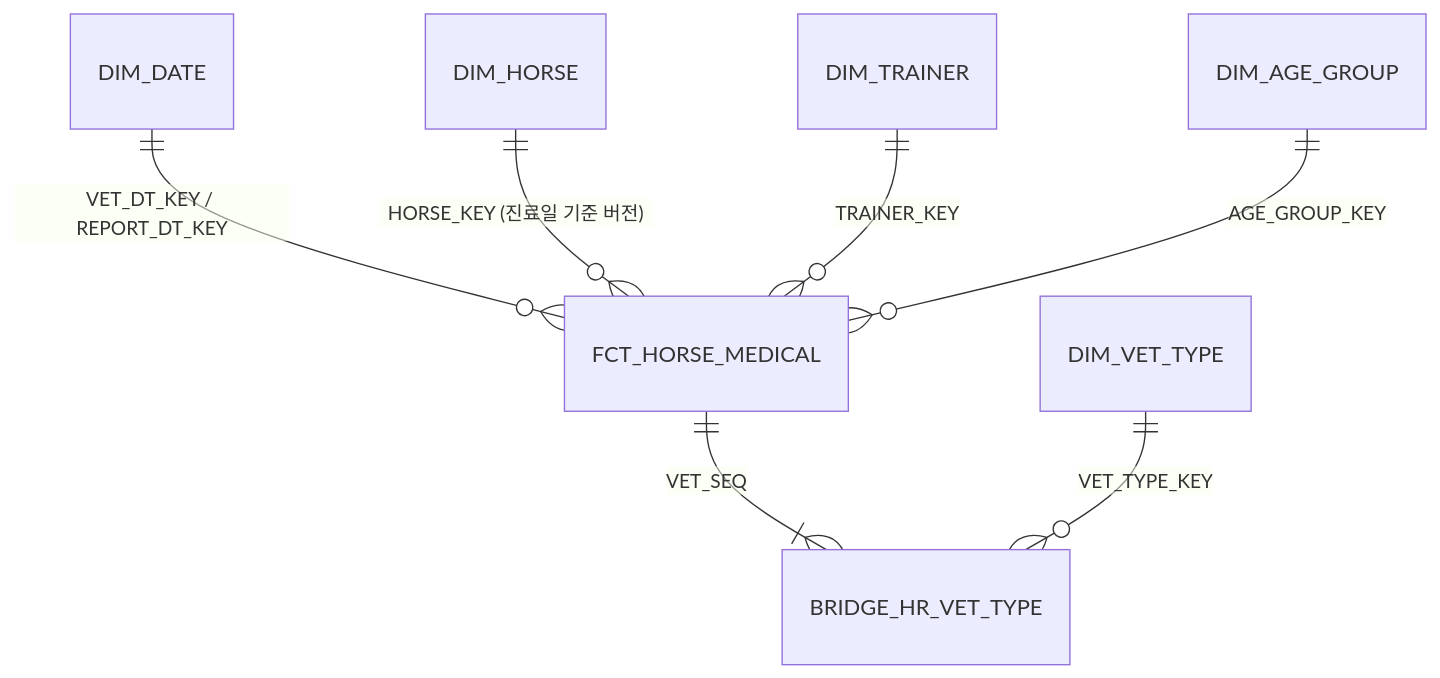
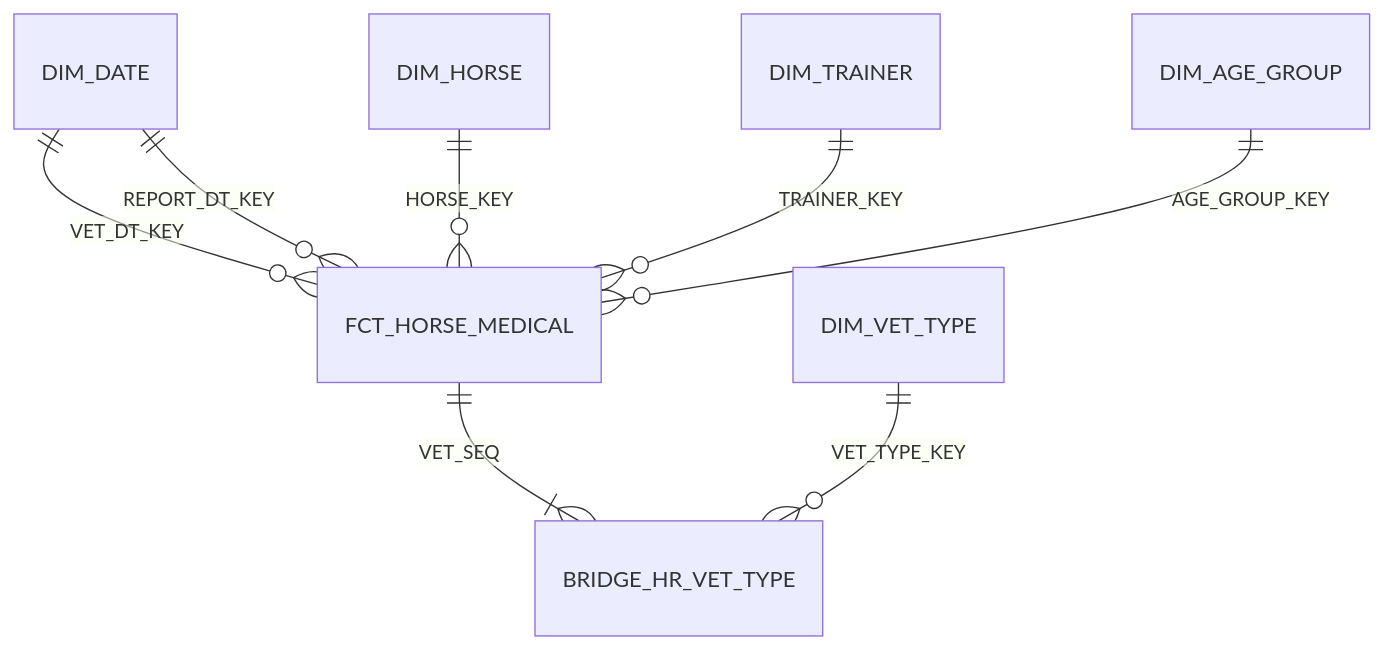
The second of 5 diagrams in README.md (encore-ai-campus/mlo-03-p2-team3), drawn with Mermaid before and after one commit. The commit also changed other lines of this file, not shown here.

Commit message:
README 수정

````diff
--- a/README.md
+++ b/README.md
@@ -137,9 +147,10 @@
 ```mermaid
 erDiagram
-    DIM_DATE ||--o{ FCT_HORSE_MEDICAL : "VET_DT_KEY / REPORT_DT_KEY"
-    DIM_HORSE ||--o{ FCT_HORSE_MEDICAL : "HORSE_KEY (진료일 기준 버전)"
-    DIM_TRAINER ||--o{ FCT_HORSE_MEDICAL : "TRAINER_KEY"
-    DIM_AGE_GROUP ||--o{ FCT_HORSE_MEDICAL : "AGE_GROUP_KEY"
-    FCT_HORSE_MEDICAL ||--|{ BRIDGE_HR_VET_TYPE : "VET_SEQ"
-    DIM_VET_TYPE ||--o{ BRIDGE_HR_VET_TYPE : "VET_TYPE_KEY"
+    DIM_DATE ||--o{ FCT_HORSE_MEDICAL : VET_DT_KEY
+    DIM_DATE ||--o{ FCT_HORSE_MEDICAL : REPORT_DT_KEY
+    DIM_HORSE ||--o{ FCT_HORSE_MEDICAL : HORSE_KEY
+    DIM_TRAINER ||--o{ FCT_HORSE_MEDICAL : TRAINER_KEY
+    DIM_AGE_GROUP ||--o{ FCT_HORSE_MEDICAL : AGE_GROUP_KEY
+    FCT_HORSE_MEDICAL ||--|{ BRIDGE_HR_VET_TYPE : VET_SEQ
+    DIM_VET_TYPE ||--o{ BRIDGE_HR_VET_TYPE : VET_TYPE_KEY
 ```
````
